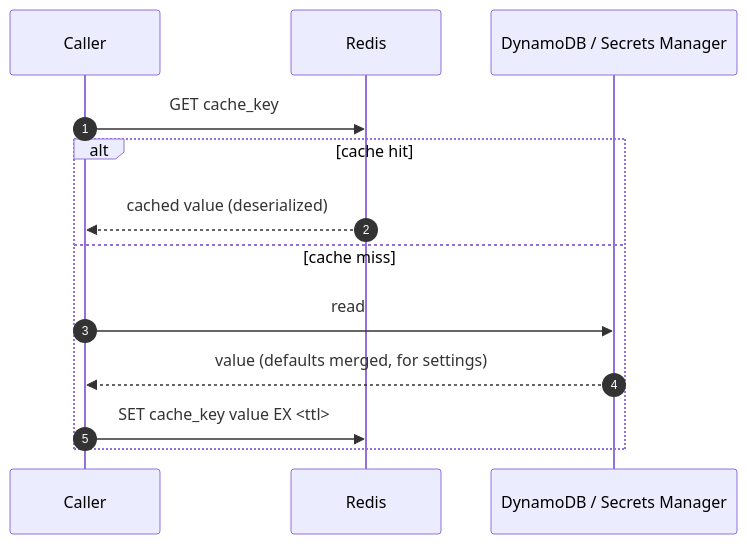
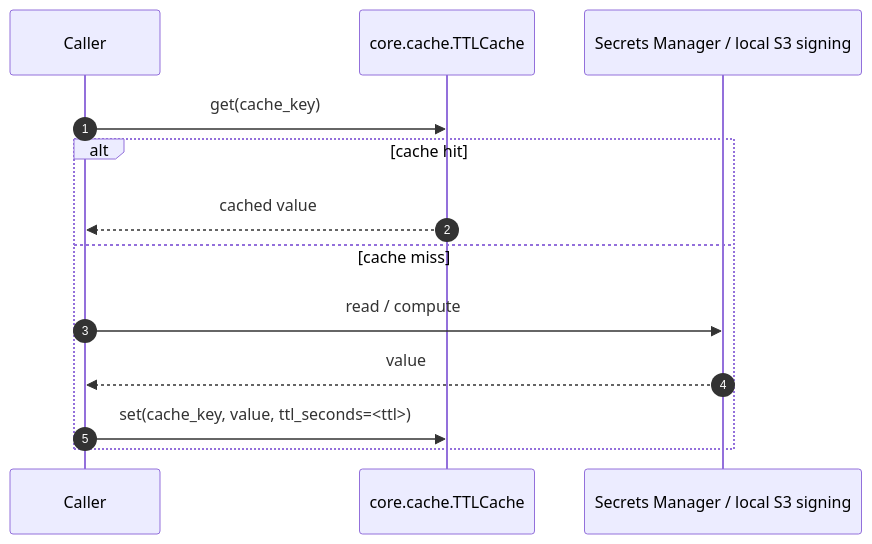
The third of 4 diagrams in docs/architecture/data-flow.md (RafaelOjeda/A2Z-Core), drawn with Mermaid before and after one commit. The commit also changed other lines of this file and 32 other files, not shown here.

````diff
--- a/docs/architecture/data-flow.md
+++ b/docs/architecture/data-flow.md
@@ -94,16 +94,16 @@
 ```mermaid
 sequenceDiagram
     autonumber
     participant Caller
-    participant Redis
-    participant Source as DynamoDB / Secrets Manager
+    participant Cache as core.cache.TTLCache
+    participant Source as Secrets Manager / local S3 signing
 
-    Caller->>Redis: GET cache_key
+    Caller->>Cache: get(cache_key)
     alt cache hit
-        Redis-->>Caller: cached value (deserialized)
+        Cache-->>Caller: cached value
     else cache miss
-        Caller->>Source: read
-        Source-->>Caller: value (defaults merged, for settings)
-        Caller->>Redis: SET cache_key value EX <ttl>
+        Caller->>Source: read / compute
+        Source-->>Caller: value
+        Caller->>Cache: set(cache_key, value, ttl_seconds=<ttl>)
     end
 ```
````
